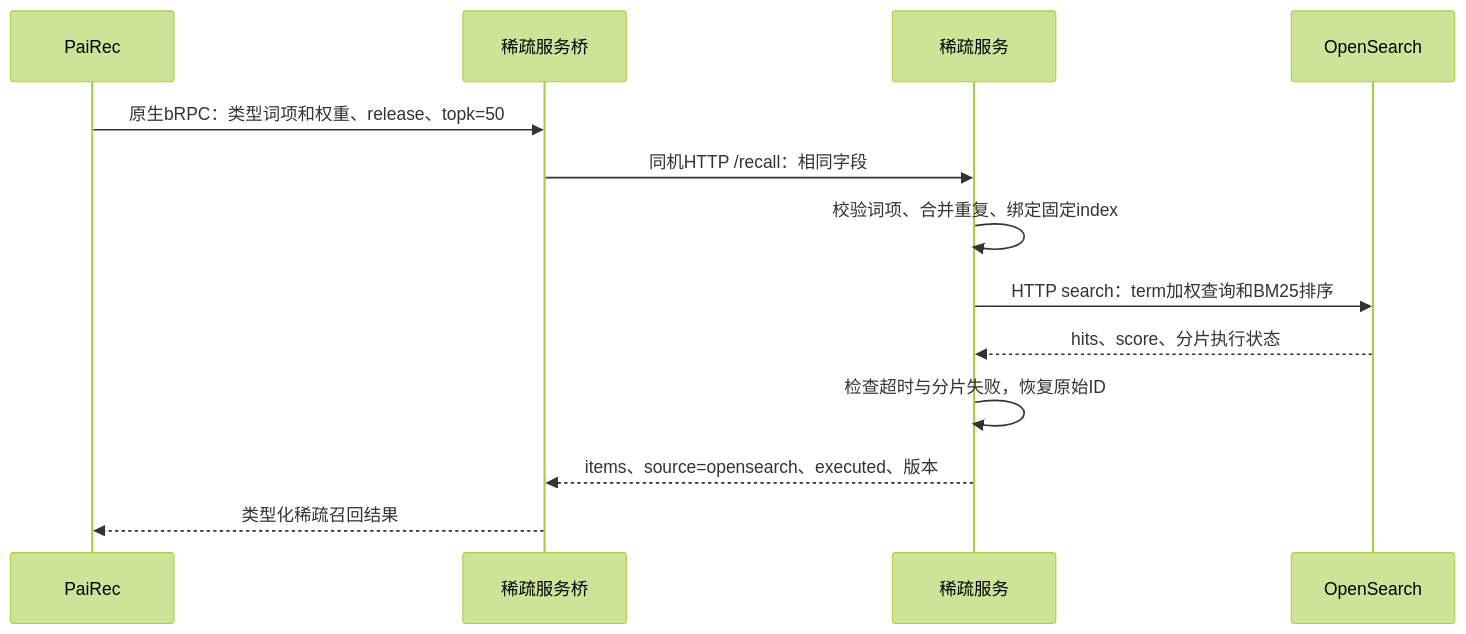
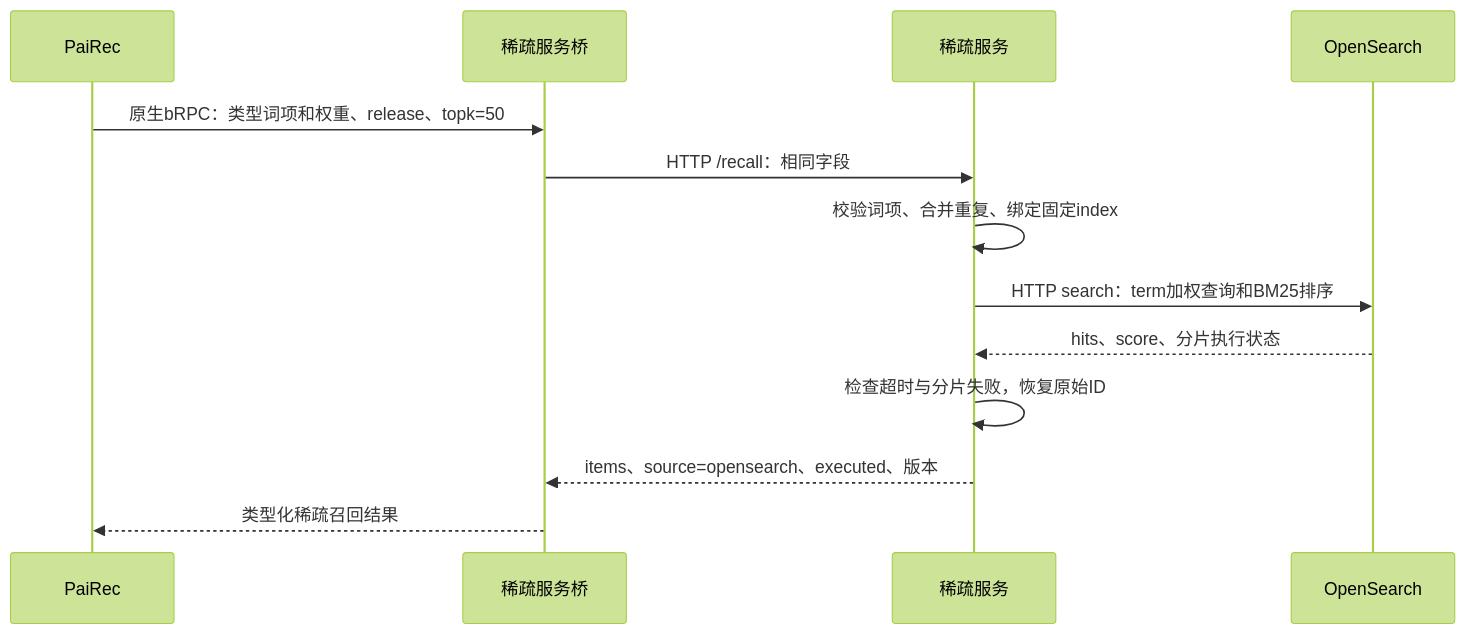
Before and after one commit to bitianyuan123/docs: the diagram in diagrams/07_other_services_08.mmd, drawn with Mermaid (forest theme). The commit also changed 85 other files, not shown here.

```diff
--- a/diagrams/07_other_services_08.mmd
+++ b/diagrams/07_other_services_08.mmd
@@ -1,13 +1,13 @@
 sequenceDiagram
     participant P as PaiRec
     participant B as 稀疏服务桥
     participant S as 稀疏服务
     participant O as OpenSearch
     P->>B: 原生bRPC：类型词项和权重、release、topk=50
-    B->>S: 同机HTTP /recall：相同字段
+    B->>S: HTTP /recall：相同字段
     S->>S: 校验词项、合并重复、绑定固定index
     S->>O: HTTP search：term加权查询和BM25排序
     O-->>S: hits、score、分片执行状态
     S->>S: 检查超时与分片失败，恢复原始ID
     S-->>B: items、source=opensearch、executed、版本
     B-->>P: 类型化稀疏召回结果
```
